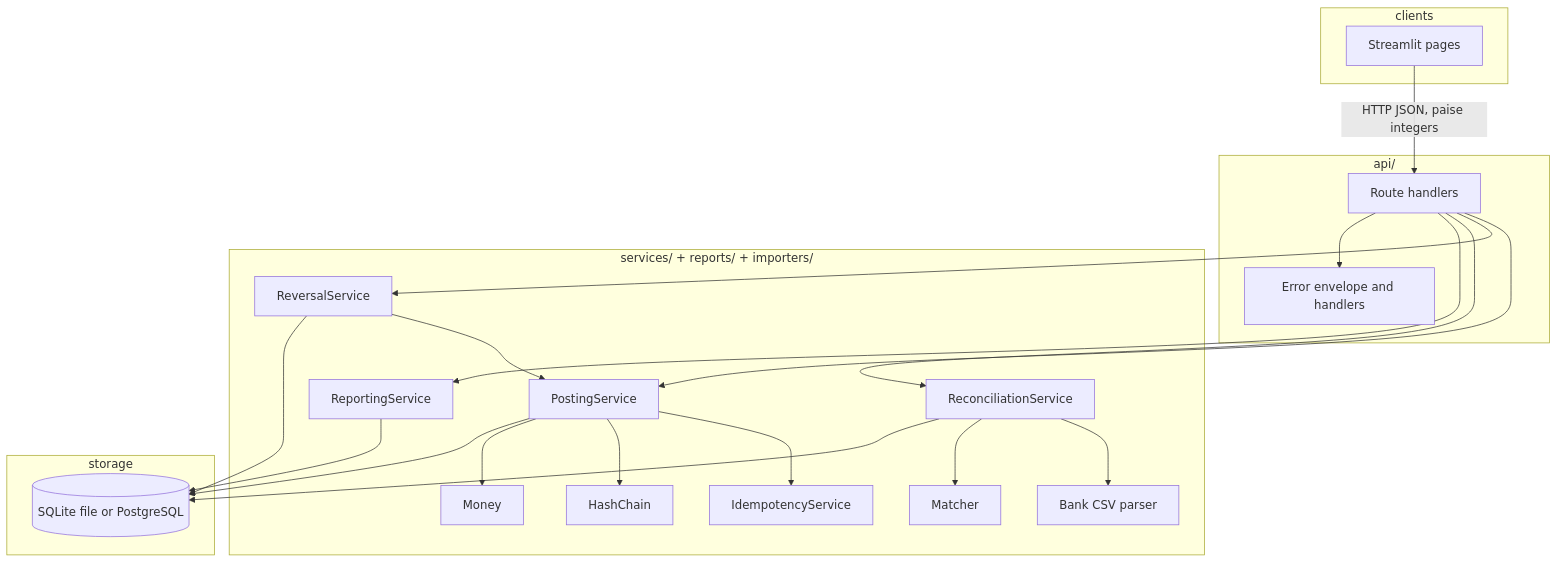
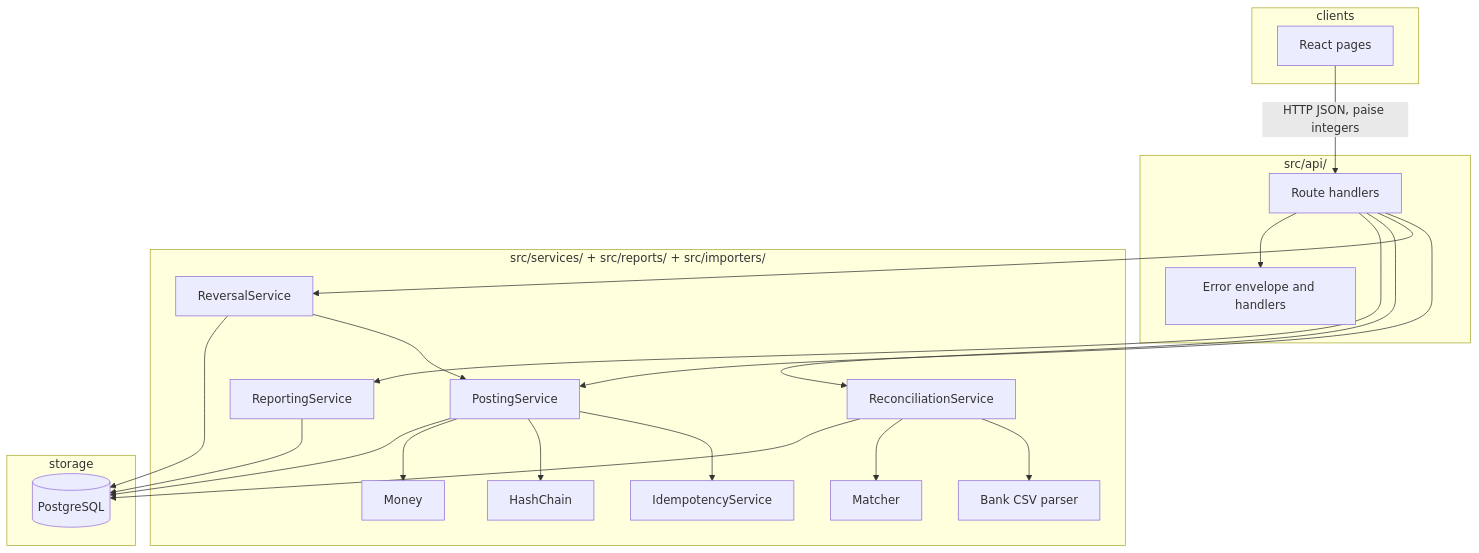
Before and after one commit to RAJHIMANSHUPATEL/double-entry-banking-ledger: the first of 3 diagrams in README.md, drawn with Mermaid. The commit also changed other lines of this file and 14 other files, not shown here.

````diff
--- a/README.md
+++ b/README.md
@@ -56,44 +53,44 @@
 ```mermaid
 flowchart TB
   subgraph clients
-    UI["Streamlit pages"]
+    UI["React pages"]
   end
 
-  subgraph api_layer ["api/"]
+  subgraph api_layer ["src/api/"]
     ROUTES["Route handlers"]
     ERRORS["Error envelope and handlers"]
   end
 
-  subgraph domain ["services/ + reports/ + importers/"]
+  subgraph domain ["src/services/ + src/reports/ + src/importers/"]
     POST["PostingService"]
     REV["ReversalService"]
     IDEM["IdempotencyService"]
     HASH["HashChain"]
     REC["ReconciliationService"]
     REP["ReportingService"]
     CSV["Bank CSV parser"]
     MATCH["Matcher"]
     MONEY["Money"]
   end
 
   subgraph storage
-    DB[("SQLite file or PostgreSQL")]
+    DB[("PostgreSQL")]
   end
 
   UI -->|"HTTP JSON, paise integers"| ROUTES
   ROUTES --> POST
   ROUTES --> REV
   ROUTES --> REC
   ROUTES --> REP
   POST --> IDEM
   POST --> HASH
   POST --> MONEY
   REV --> POST
   REC --> CSV
   REC --> MATCH
   REP --> DB
   POST --> DB
   REV --> DB
   REC --> DB
   ROUTES --> ERRORS
 ```
````
